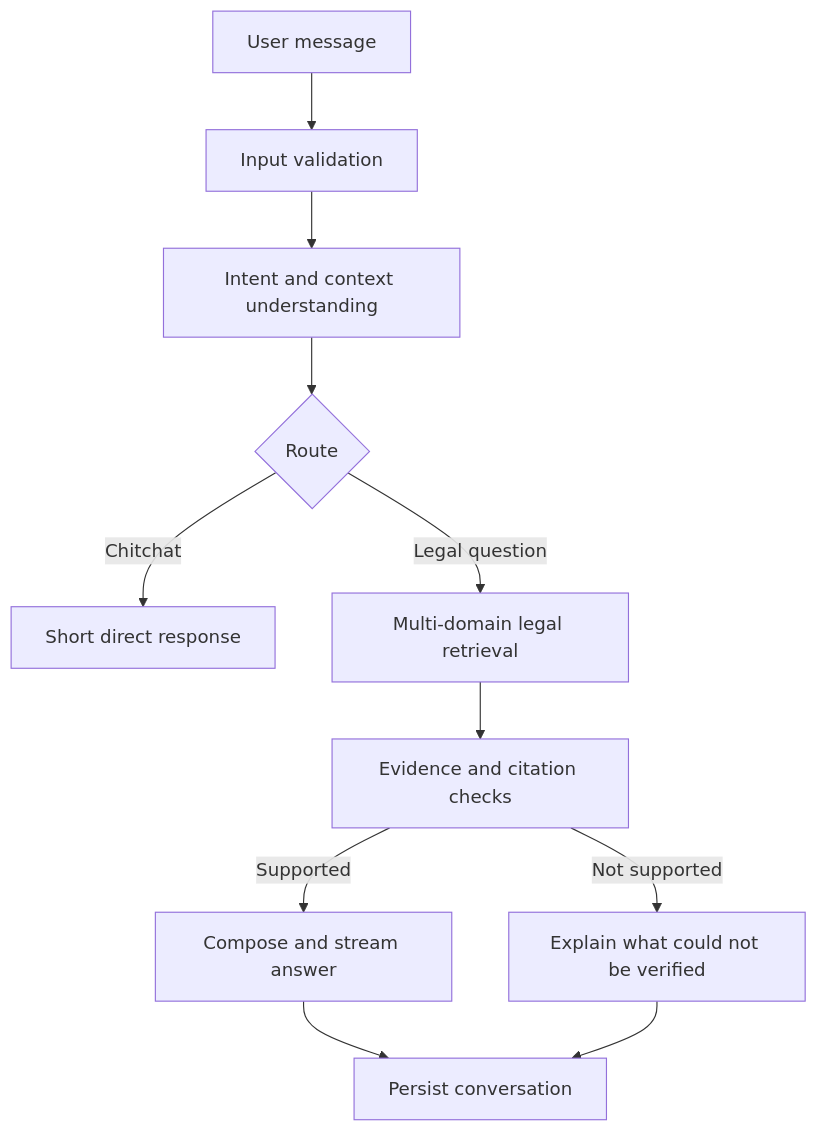
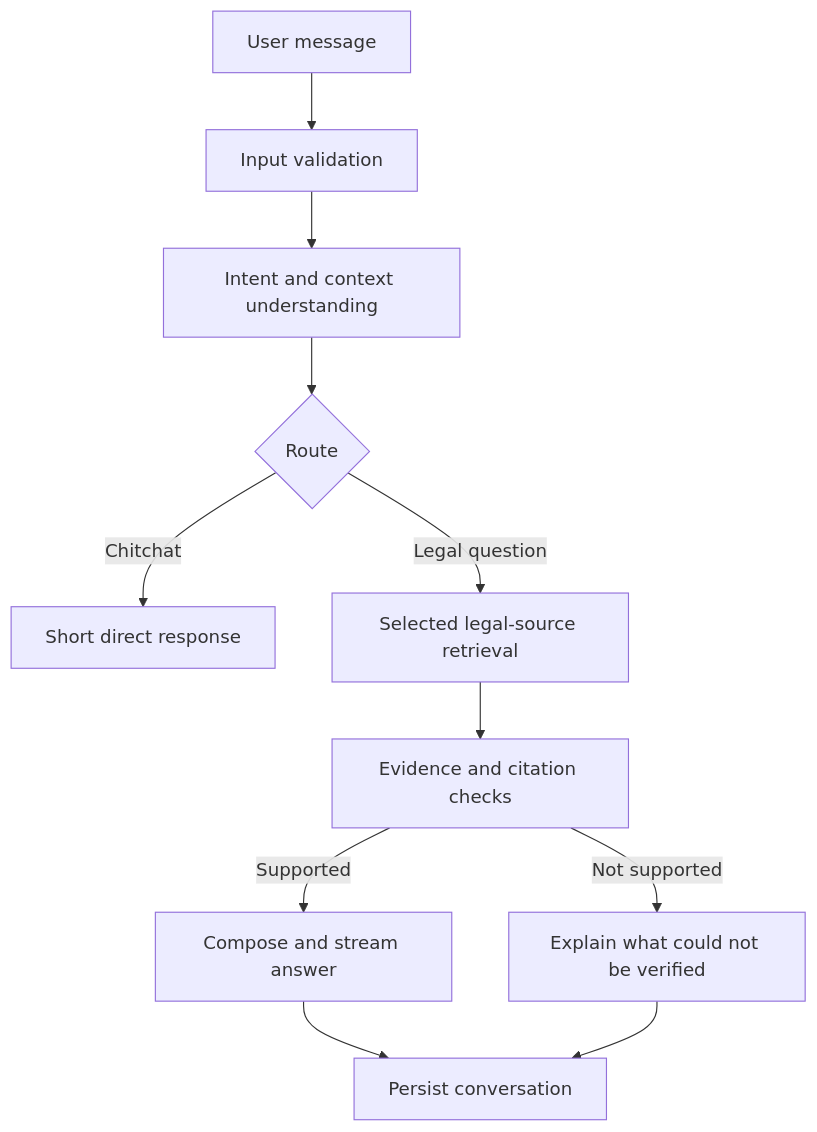
The diagram in docs/architecture/autonomous-agent-architecture.md (taitran501/vietnam-legal-agent), drawn with Mermaid before and after one commit. The commit also changed other lines of this file and 16 other files, not shown here.

````diff
--- a/docs/architecture/autonomous-agent-architecture.md
+++ b/docs/architecture/autonomous-agent-architecture.md
@@ -9,13 +10,13 @@
 ```mermaid
 flowchart TD
     User[User message] --> Input[Input validation]
     Input --> Understand[Intent and context understanding]
     Understand --> Route{Route}
     Route -->|Chitchat| Direct[Short direct response]
-    Route -->|Legal question| Retrieve[Multi-domain legal retrieval]
+    Route -->|Legal question| Retrieve[Selected legal-source retrieval]
     Retrieve --> Verify[Evidence and citation checks]
     Verify -->|Supported| Answer[Compose and stream answer]
     Verify -->|Not supported| Stop[Explain what could not be verified]
     Answer --> History[Persist conversation]
     Stop --> History
 ```
````
